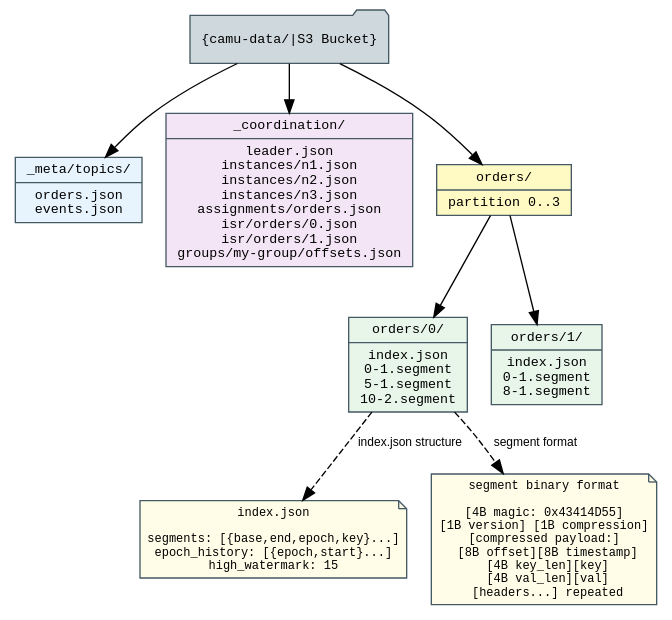
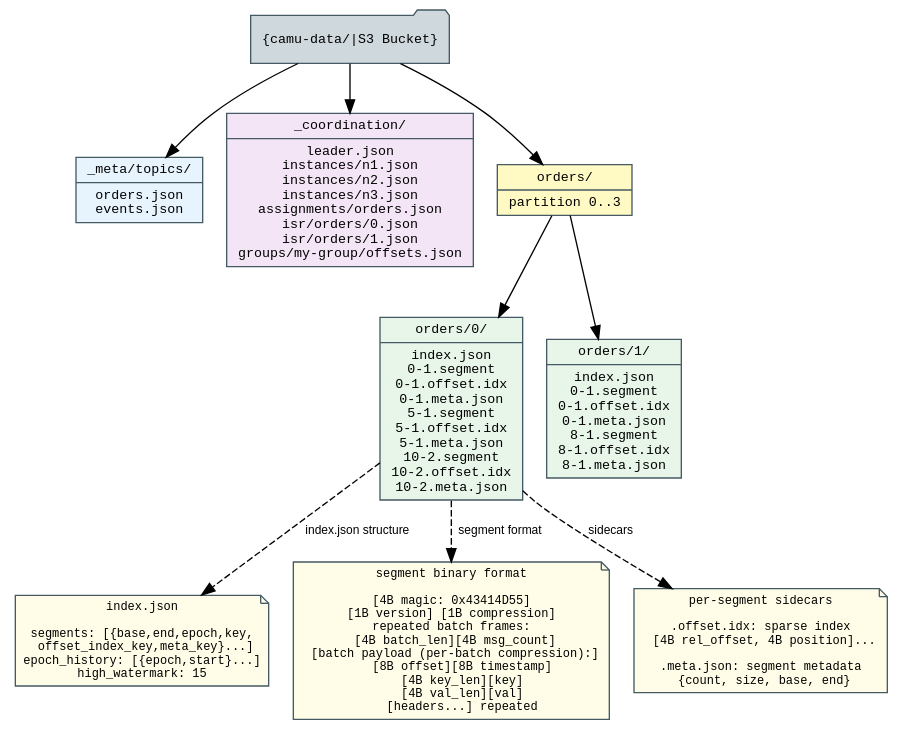
The diagram in docs/diagrams/s3-layout.dot (fatum/camu), drawn with Graphviz before and after one commit. The commit also changed 4 other files, not shown here.

First line of the commit message:
Update docs and diagrams for per-segment indexes and batch-framed segments

```diff
--- a/docs/diagrams/s3-layout.dot
+++ b/docs/diagrams/s3-layout.dot
@@ -1,28 +1,31 @@
 digraph s3_layout {
     rankdir=TB
     bgcolor="white"
     node [fontname="Courier" fontsize=10 style="filled" shape=record fillcolor="#ECEFF1" color="#455A64"]
     edge [fontname="Helvetica" fontsize=9]
 
     bucket [label="{camu-data/|S3 Bucket}" fillcolor="#CFD8DC" shape=folder]
 
     meta [label="{_meta/topics/|orders.json\nevents.json}" fillcolor="#E8F4FD"]
     coord [label="{_coordination/|leader.json\ninstances/n1.json\ninstances/n2.json\ninstances/n3.json\nassignments/orders.json\nisr/orders/0.json\nisr/orders/1.json\ngroups/my-group/offsets.json}" fillcolor="#F3E5F5"]
 
     topic [label="{orders/|partition 0..3}" fillcolor="#FFF9C4"]
 
-    p0 [label="{orders/0/|index.json\n0-1.segment\n5-1.segment\n10-2.segment}" fillcolor="#E8F5E9"]
-    p1 [label="{orders/1/|index.json\n0-1.segment\n8-1.segment}" fillcolor="#E8F5E9"]
+    p0 [label="{orders/0/|index.json\n0-1.segment\n0-1.offset.idx\n0-1.meta.json\n5-1.segment\n5-1.offset.idx\n5-1.meta.json\n10-2.segment\n10-2.offset.idx\n10-2.meta.json}" fillcolor="#E8F5E9"]
+    p1 [label="{orders/1/|index.json\n0-1.segment\n0-1.offset.idx\n0-1.meta.json\n8-1.segment\n8-1.offset.idx\n8-1.meta.json}" fillcolor="#E8F5E9"]
 
-    index_detail [label="index.json\n\nsegments: [{base,end,epoch,key}...]\nepoch_history: [{epoch,start}...]\nhigh_watermark: 15" fillcolor="#FFFDE7" fontsize=9 shape=note]
+    index_detail [label="index.json\n\nsegments: [{base,end,epoch,key,\n  offset_index_key,meta_key}...]\nepoch_history: [{epoch,start}...]\nhigh_watermark: 15" fillcolor="#FFFDE7" fontsize=9 shape=note]
 
-    segment_detail [label="segment binary format\n\n[4B magic: 0x43414D55]\n[1B version] [1B compression]\n[compressed payload:]\n  [8B offset][8B timestamp]\n  [4B key_len][key]\n  [4B val_len][val]\n  [headers...] repeated" fillcolor="#FFFDE7" fontsize=9 shape=note]
+    segment_detail [label="segment binary format\n\n[4B magic: 0x43414D55]\n[1B version] [1B compression]\nrepeated batch frames:\n  [4B batch_len][4B msg_count]\n  [batch payload (per-batch compression):]\n    [8B offset][8B timestamp]\n    [4B key_len][key]\n    [4B val_len][val]\n    [headers...] repeated" fillcolor="#FFFDE7" fontsize=9 shape=note]
+
+    sidecar_detail [label="per-segment sidecars\n\n.offset.idx: sparse index\n  [4B rel_offset, 4B position]...\n\n.meta.json: segment metadata\n  {count, size, base, end}" fillcolor="#FFFDE7" fontsize=9 shape=note]
 
     bucket -> meta
     bucket -> coord
     bucket -> topic
     topic -> p0
     topic -> p1
     p0 -> index_detail [style=dashed label="index.json structure"]
     p0 -> segment_detail [style=dashed label="segment format"]
+    p0 -> sidecar_detail [style=dashed label="sidecars"]
 }
```
